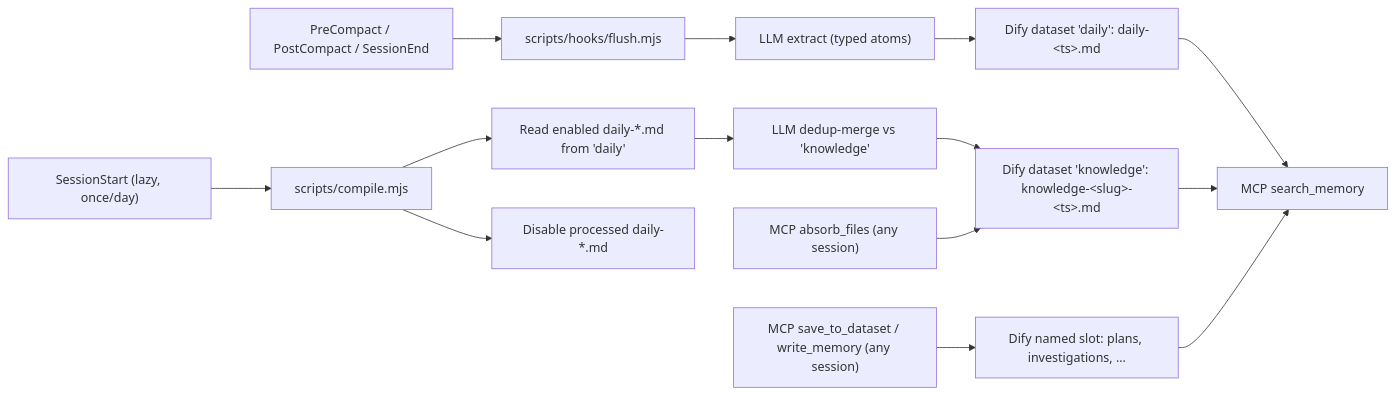
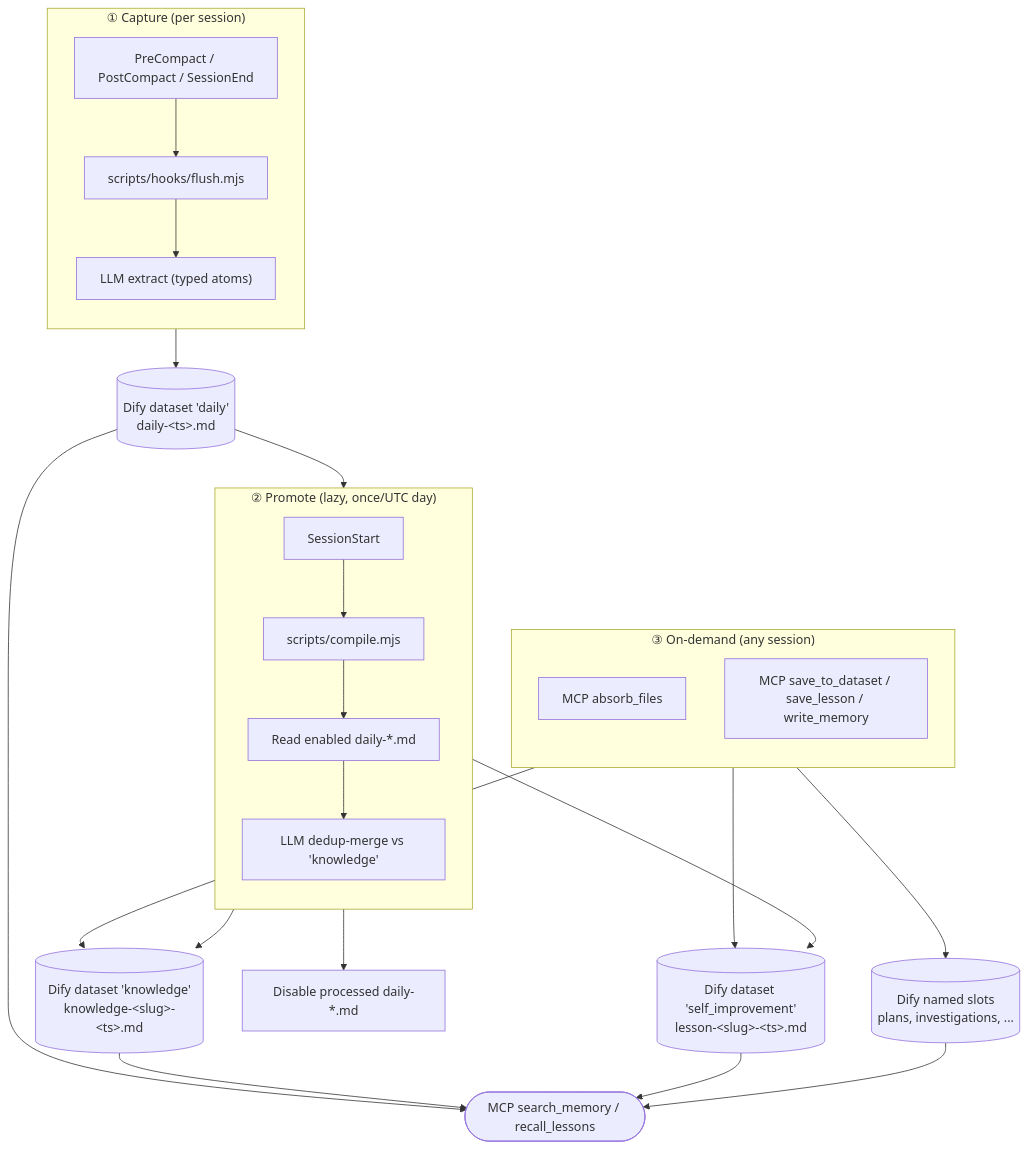
Before and after one commit to ctxr-dev/memory: the diagram in README.md, drawn with Mermaid. The commit also changed other lines of this file, not shown here.

First line of the commit message:
docs(memory): Clarify install and onboarding flow

````diff
--- a/README.md
+++ b/README.md
@@ -299,16 +273,37 @@
 ```mermaid
-flowchart LR
-  Hook["PreCompact / PostCompact / SessionEnd"] --> Flush["scripts/hooks/flush.mjs"]
-  Flush --> LLM1["LLM extract (typed atoms)"]
-  LLM1 --> DailyDataset["Dify dataset 'daily': daily-&lt;ts&gt;.md"]
-  Start["SessionStart (lazy, once/day)"] --> Compile["scripts/compile.mjs"]
-  Compile --> ReadDaily["Read enabled daily-*.md from 'daily'"]
-  ReadDaily --> LLM2["LLM dedup-merge vs 'knowledge'"]
-  LLM2 --> KnowledgeDataset["Dify dataset 'knowledge': knowledge-&lt;slug&gt;-&lt;ts&gt;.md"]
+flowchart TB
+  subgraph Capture["① Capture (per session)"]
+    direction TB
+    Hook["PreCompact / PostCompact / SessionEnd"] --> Flush["scripts/hooks/flush.mjs"]
+    Flush --> LLM1["LLM extract (typed atoms)"]
+  end
+
+  LLM1 --> DailyDataset[("Dify dataset 'daily'<br/>daily-&lt;ts&gt;.md")]
+
+  subgraph Promote["② Promote (lazy, once/UTC day)"]
+    direction TB
+    Start["SessionStart"] --> Compile["scripts/compile.mjs"]
+    Compile --> ReadDaily["Read enabled daily-*.md"]
+    ReadDaily --> LLM2["LLM dedup-merge vs 'knowledge'"]
+  end
+
+  DailyDataset --> ReadDaily
+  LLM2 --> KnowledgeDataset[("Dify dataset 'knowledge'<br/>knowledge-&lt;slug&gt;-&lt;ts&gt;.md")]
+  LLM2 --> SelfImprovement[("Dify dataset 'self_improvement'<br/>lesson-&lt;slug&gt;-&lt;ts&gt;.md")]
   Compile --> DisableDaily["Disable processed daily-*.md"]
-  Absorb["MCP absorb_files (any session)"] --> KnowledgeDataset
-  Save["MCP save_to_dataset / write_memory (any session)"] --> AnyDataset["Dify named slot: plans, investigations, ..."]
-  KnowledgeDataset --> Search["MCP search_memory"]
+
+  subgraph OnDemand["③ On-demand (any session)"]
+    direction TB
+    Absorb["MCP absorb_files"]
+    Save["MCP save_to_dataset / save_lesson / write_memory"]
+  end
+
+  Absorb --> KnowledgeDataset
+  Save --> AnyDataset[("Dify named slots<br/>plans, investigations, ...")]
+  Save --> SelfImprovement
+
+  DailyDataset --> Search(["MCP search_memory / recall_lessons"])
+  KnowledgeDataset --> Search
+  SelfImprovement --> Search
   AnyDataset --> Search
-  DailyDataset --> Search
 ```
````
